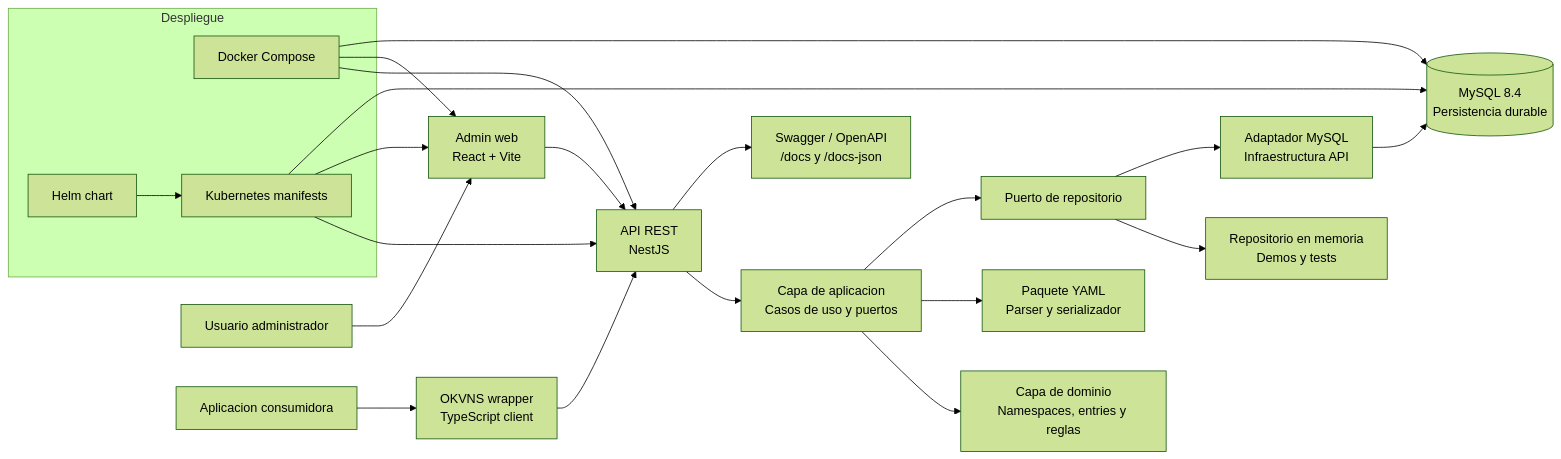
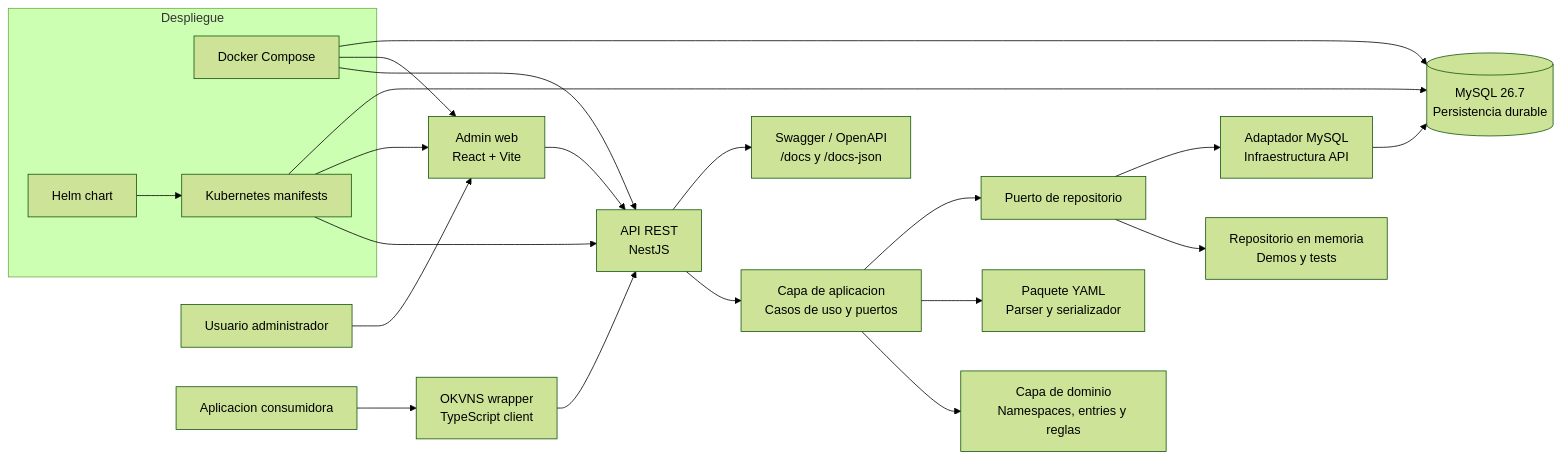
One commit to beshmo/tfm_bigschool changed the diagram in docs/tfm/README.md. Above: the diagram before and after it, drawn with Mermaid (forest theme). The commit also changed other lines of this file and 3 other files, not shown here.

````diff
--- a/docs/tfm/README.md
+++ b/docs/tfm/README.md
@@ -280,33 +280,33 @@
 ```mermaid
 flowchart LR
   usuario["Usuario administrador"] --> admin["Admin web\nReact + Vite"]
   consumidor["Aplicacion consumidora"] --> wrapper["OKVNS wrapper\nTypeScript client"]
 
   admin --> api["API REST\nNestJS"]
   wrapper --> api
 
   api --> app["Capa de aplicacion\nCasos de uso y puertos"]
   app --> domain["Capa de dominio\nNamespaces, entries y reglas"]
   app --> yaml["Paquete YAML\nParser y serializador"]
   app --> repoPort["Puerto de repositorio"]
 
   repoPort --> memory["Repositorio en memoria\nDemos y tests"]
   repoPort --> mysqlAdapter["Adaptador MySQL\nInfraestructura API"]
-  mysqlAdapter --> mysql[("MySQL 8.4\nPersistencia durable")]
+  mysqlAdapter --> mysql[("MySQL 26.7\nPersistencia durable")]
 
   api --> openapi["Swagger / OpenAPI\n/docs y /docs-json"]
 
   subgraph despliegue["Despliegue"]
     compose["Docker Compose"]
     k8s["Kubernetes manifests"]
     helm["Helm chart"]
   end
 
   compose --> api
   compose --> admin
   compose --> mysql
   k8s --> api
   k8s --> admin
   k8s --> mysql
   helm --> k8s
 ```
````
